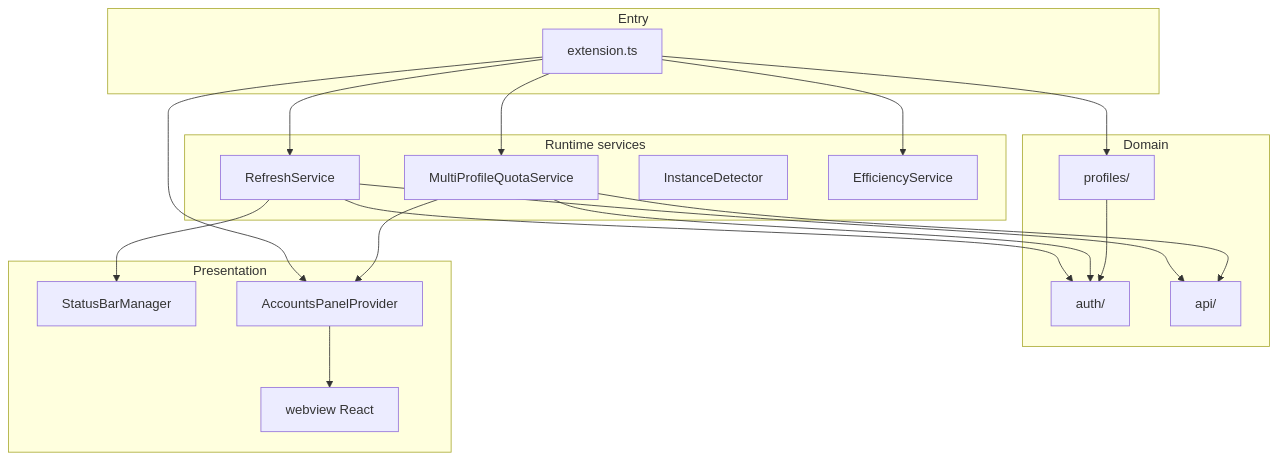
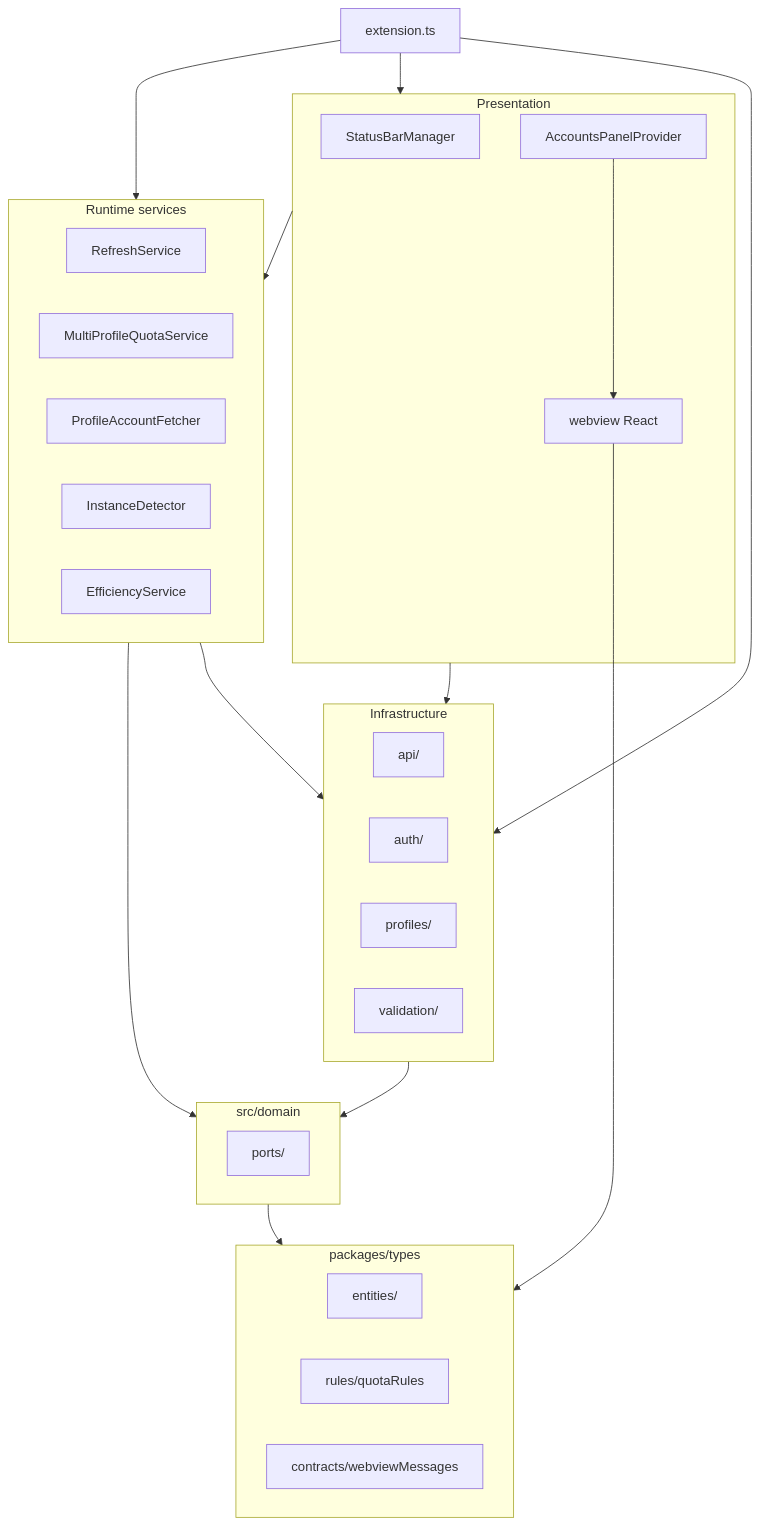
One commit to vypdev/cursor-accounts changed the first of 3 diagrams in docs/ARCHITECTURE.md. Above: the diagram before and after it, drawn with Mermaid. The commit also changed other lines of this file and 34 other files, not shown here.

````diff
--- a/docs/ARCHITECTURE.md
+++ b/docs/ARCHITECTURE.md
@@ -19,35 +29,40 @@
 ```mermaid
 graph TB
-  subgraph entry [Entry]
-    Ext[extension.ts]
+  subgraph shared [packages/types]
+    Entities[entities/]
+    Rules[rules/quotaRules]
+    Contracts[contracts/webviewMessages]
   end
-  subgraph domain [Domain]
+  subgraph domain [src/domain]
+    Ports[ports/]
+  end
+  subgraph infra [Infrastructure]
+    API[api/]
+    Auth[auth/]
     Profiles[profiles/]
-    Auth[auth/]
-    API[api/]
+    Validation[validation/]
   end
   subgraph runtime [Runtime services]
     Refresh[RefreshService]
     MultiQuota[MultiProfileQuotaService]
+    AccountFetch[ProfileAccountFetcher]
     Instance[InstanceDetector]
     Efficiency[EfficiencyService]
   end
   subgraph presentation [Presentation]
     StatusBar[StatusBarManager]
     Panel[AccountsPanelProvider]
     Webview[webview React]
   end
-  Ext --> Profiles
-  Ext --> Refresh
-  Ext --> MultiQuota
-  Ext --> Panel
-  Ext --> Efficiency
-  Refresh --> API
-  Refresh --> Auth
-  Refresh --> StatusBar
-  MultiQuota --> API
-  MultiQuota --> Auth
-  MultiQuota --> Panel
+  Ext[extension.ts] --> runtime
+  Ext --> presentation
+  Ext --> infra
+  domain --> shared
+  infra --> domain
+  runtime --> domain
+  runtime --> infra
+  presentation --> runtime
+  presentation --> infra
+  Webview --> shared
   Panel --> Webview
-  Profiles --> Auth
 ```
````
